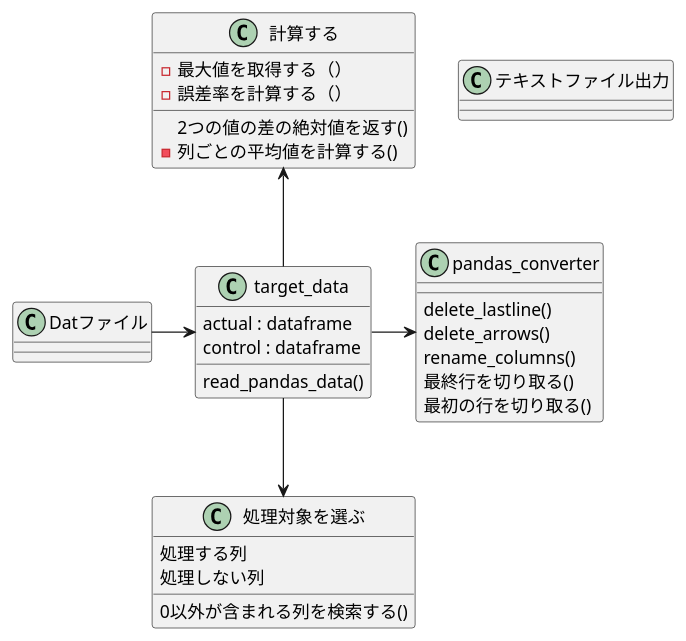
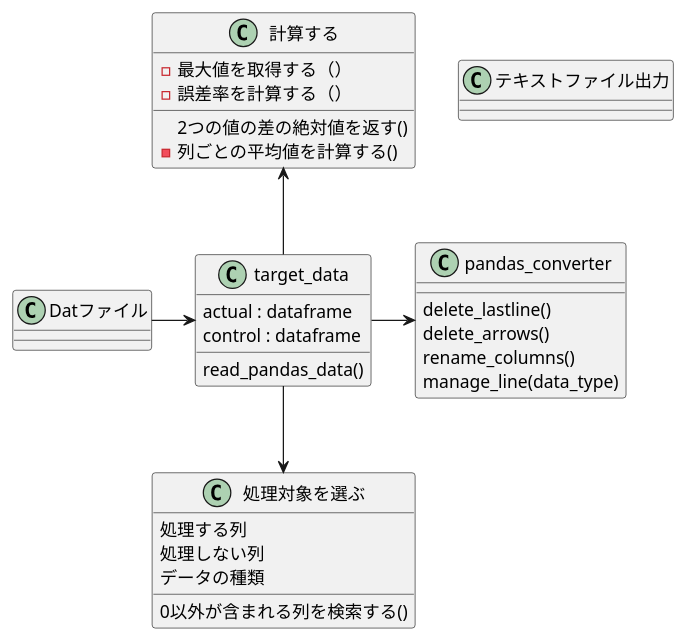
The diagram in class.pu (Dirty-Tester/python_practice), drawn with PlantUML before and after one commit.

Commit message:
class図を変更

```diff
--- a/class.pu
+++ b/class.pu
@@ -1,41 +1,41 @@
 @startuml sequence
 
 Datファイル -> target_data
 
 target_data -right-> pandas_converter
 target_data -down-> 処理対象を選ぶ
 target_data -up-> 計算する
 
 class Datファイル
 
 class target_data{
     actual : dataframe
     control : dataframe
     read_pandas_data()
 }
 
 class pandas_converter{
     delete_lastline()
     delete_arrows()
     rename_columns()
-    最終行を切り取る()
-    最初の行を切り取る()
+    manage_line(data_type)
 }
 
 class 処理対象を選ぶ{
     処理する列
     処理しない列
+    データの種類
     0以外が含まれる列を検索する()
 }
 
 class 計算する{
     2つの値の差の絶対値を返す()
     - 列ごとの平均値を計算する()
     - 最大値を取得する（）
     - 誤差率を計算する（）
 }
 
 class テキストファイル出力{
 }
 
 @enduml
```
